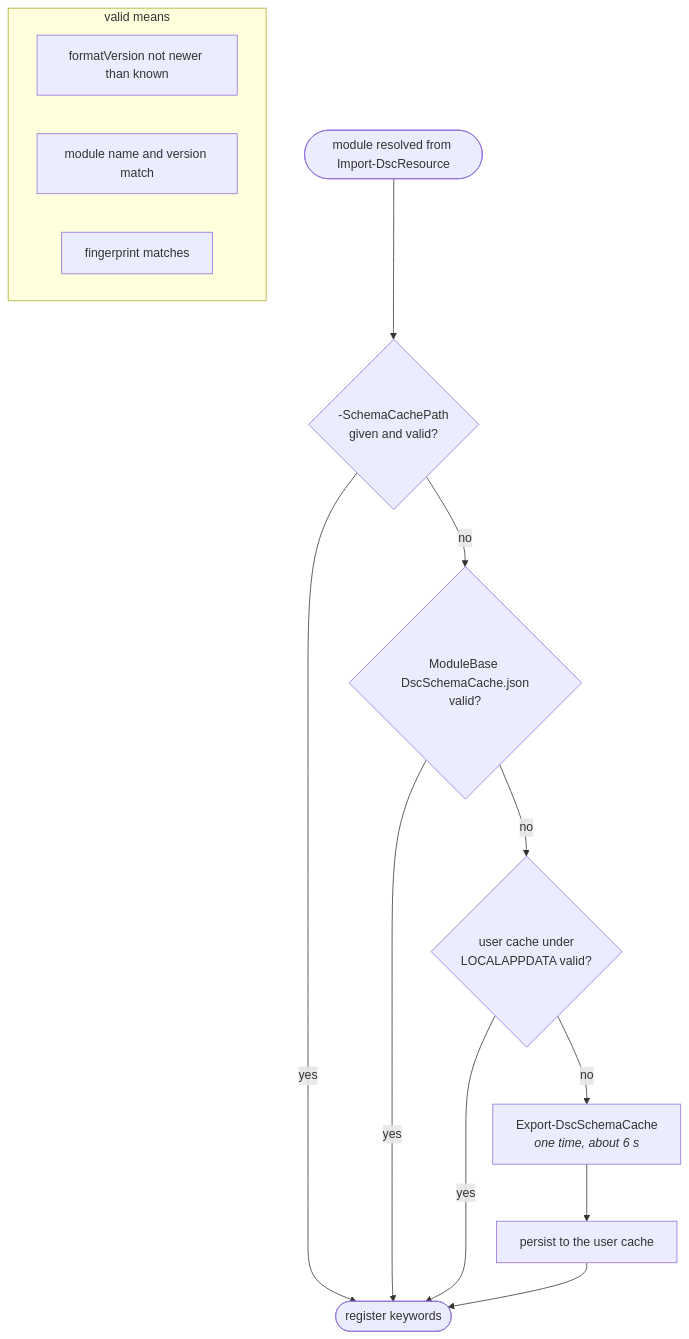
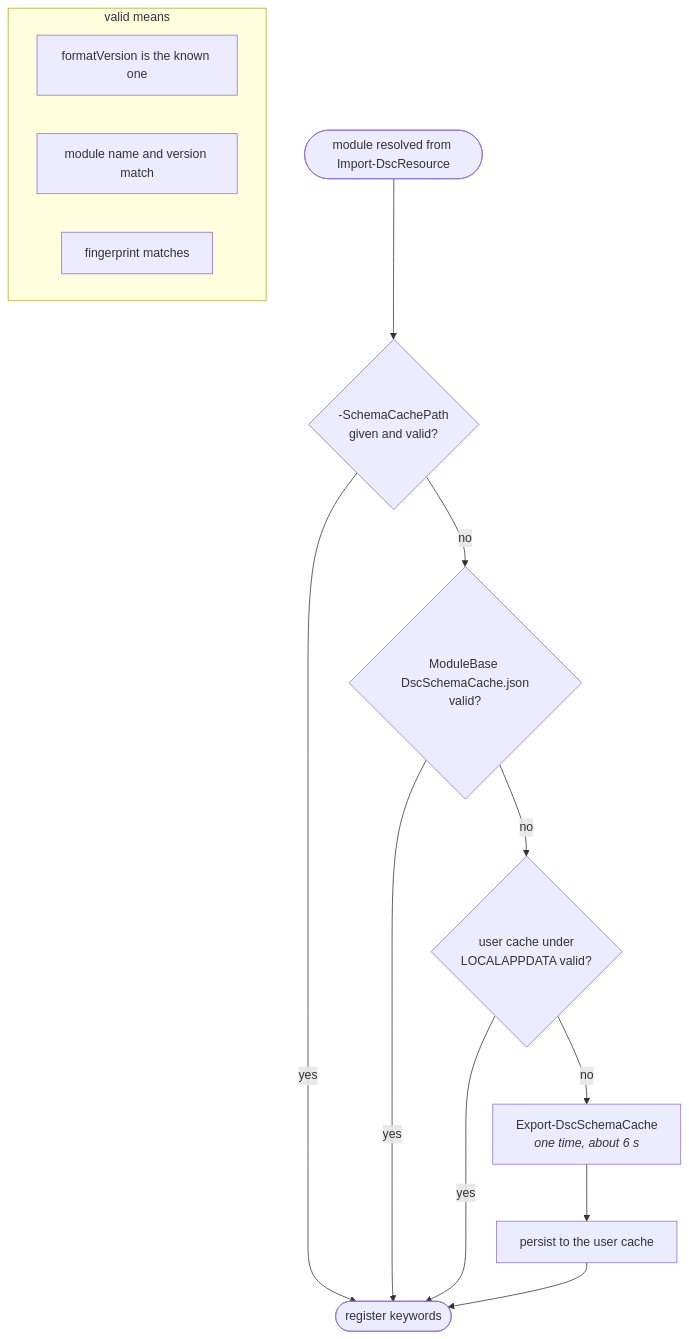
Before and after one commit to Microsoft365DSC/PSDesiredStateConfiguration: the seventh of 7 diagrams in docs/Architecture.md, drawn with Mermaid. The commit also changed other lines of this file and 14 other files, not shown here.

````diff
--- a/docs/Architecture.md
+++ b/docs/Architecture.md
@@ -451,16 +453,16 @@
 ```mermaid
 flowchart TB
     q(["module resolved from Import-DscResource"]) --> a{"-SchemaCachePath<br/>given and valid?"}
     a -->|yes| use(["register keywords"])
     a -->|no| b{"ModuleBase DscSchemaCache.json<br/>valid?"}
     b -->|yes| use
     b -->|no| c{"user cache under<br/>LOCALAPPDATA valid?"}
     c -->|yes| use
     c -->|no| gen["Export-DscSchemaCache<br/><i>one time, about 6 s</i>"]
     gen --> persist["persist to the user cache"] --> use
     subgraph valid["valid means"]
-        v1["formatVersion not newer than known"]
+        v1["formatVersion is the known one"]
         v2["module name and version match"]
         v3["fingerprint matches"]
     end
 ```
````
